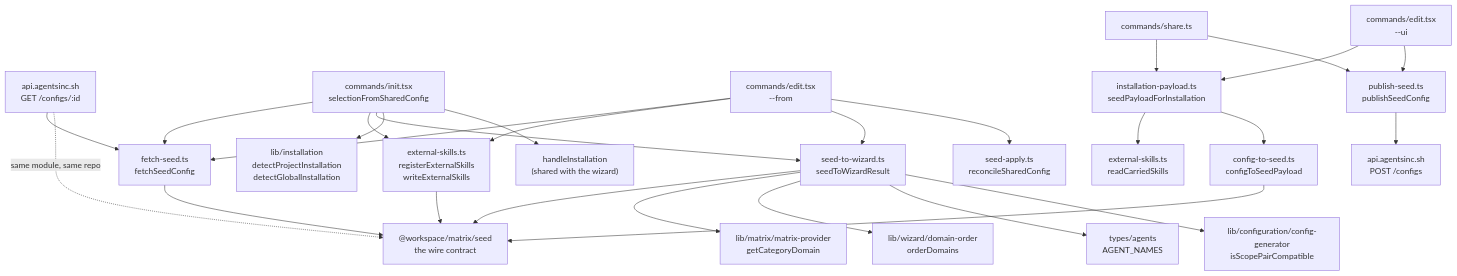
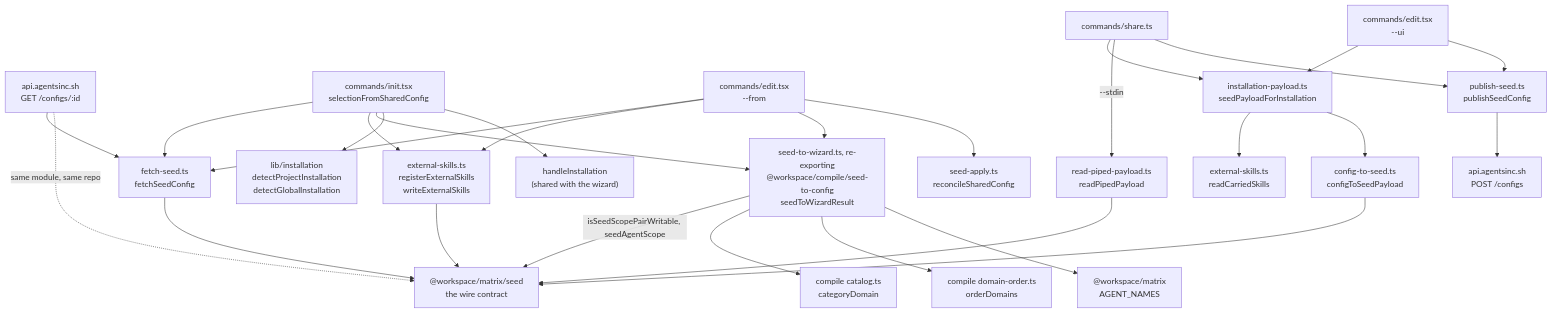
The diagram in packages/cli/.ai-docs/reference/features/seed-contract.md (agents-inc/agents-inc), drawn with Mermaid before and after one commit. The commit also changed other lines of this file and 52 other files, not shown here.

First line of the commit message:
docs(ai): the reference describes the .agents-inc/<provider>/ source folder, the plugin hosts and the Codex provider

````diff
--- a/packages/cli/.ai-docs/reference/features/seed-contract.md
+++ b/packages/cli/.ai-docs/reference/features/seed-contract.md
@@ -136,31 +142,32 @@
 ```mermaid
 graph TD
   Worker["api.agentsinc.sh<br/>GET /configs/:id"] --> Fetch["fetch-seed.ts<br/>fetchSeedConfig"]
   Init["commands/init.tsx<br/>selectionFromSharedConfig"] --> Fetch
   EditFrom["commands/edit.tsx<br/>--from"] --> Fetch
   Fetch --> Schema["@workspace/matrix/seed<br/>the wire contract"]
   Worker -.->|"same module, same repo"| Schema
 
   Init --> Seat["external-skills.ts<br/>registerExternalSkills<br/>writeExternalSkills"]
   EditFrom --> Seat
   Seat --> Schema
-  Init --> Map["seed-to-wizard.ts<br/>seedToWizardResult"]
+  Init --> Map["seed-to-wizard.ts, re-exporting<br/>@workspace/compile/seed-to-config<br/>seedToWizardResult"]
   EditFrom --> Map
-  Map --> Schema
-  Map --> Matrix["lib/matrix/matrix-provider<br/>getCategoryDomain"]
-  Map --> Order["lib/wizard/domain-order<br/>orderDomains"]
-  Map --> Agents["types/agents<br/>AGENT_NAMES"]
-  Map --> Scope["lib/configuration/config-generator<br/>isScopePairCompatible"]
+  Map -->|"isSeedScopePairWritable, seedAgentScope"| Schema
+  Map --> Catalog["compile catalog.ts<br/>categoryDomain"]
+  Map --> Order["compile domain-order.ts<br/>orderDomains"]
+  Map --> Agents["@workspace/matrix<br/>AGENT_NAMES"]
   EditFrom --> Apply["seed-apply.ts<br/>reconcileSharedConfig"]
   Init --> Detect["lib/installation<br/>detectProjectInstallation<br/>detectGlobalInstallation"]
   Init --> Spine["handleInstallation<br/>(shared with the wizard)"]
 
   Share["commands/share.ts"] --> Prep["installation-payload.ts<br/>seedPayloadForInstallation"]
   EditUi["commands/edit.tsx<br/>--ui"] --> Prep
   Prep --> Read["external-skills.ts<br/>readCarriedSkills"]
   Prep --> ToSeed["config-to-seed.ts<br/>configToSeedPayload"]
   ToSeed --> Schema
+  Share -->|"--stdin"| Piped["read-piped-payload.ts<br/>readPipedPayload"]
+  Piped --> Schema
   Share --> Publish["publish-seed.ts<br/>publishSeedConfig"]
   EditUi --> Publish
   Publish --> Store["api.agentsinc.sh<br/>POST /configs"]
 ```
````
